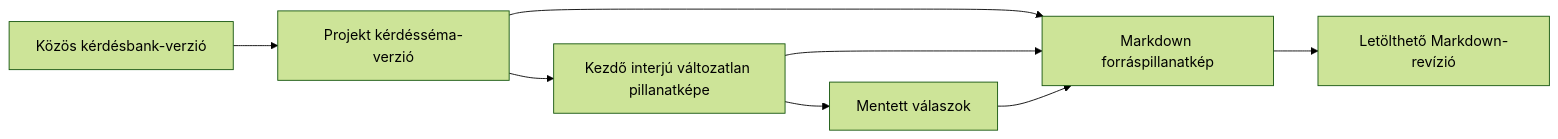
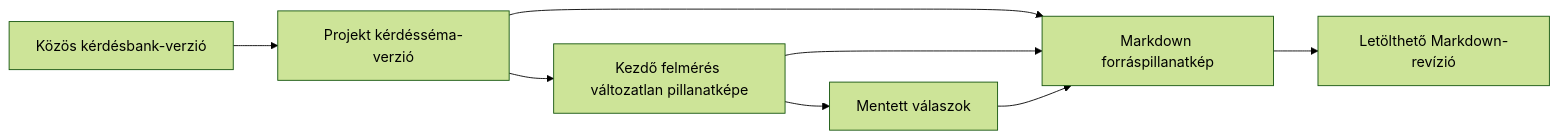
One commit to BillBalint-SM/Project-Maker changed the second of 2 diagrams in docs/user-guide.md. Above: the diagram before and after it, drawn with Mermaid (forest theme). The commit also changed other lines of this file and 86 other files, not shown here.

````diff
--- a/docs/user-guide.md
+++ b/docs/user-guide.md
@@ -441,10 +453,10 @@
 ```mermaid
 flowchart LR
     A[Közös kérdésbank-verzió] --> B[Projekt kérdésséma-verzió]
-    B --> C[Kezdő interjú változatlan pillanatképe]
+    B --> C[Kezdő felmérés változatlan pillanatképe]
     C --> D[Mentett válaszok]
     B --> E[Markdown forráspillanatkép]
     C --> E
     D --> E
     E --> F[Letölthető Markdown-revízió]
 ```
````
